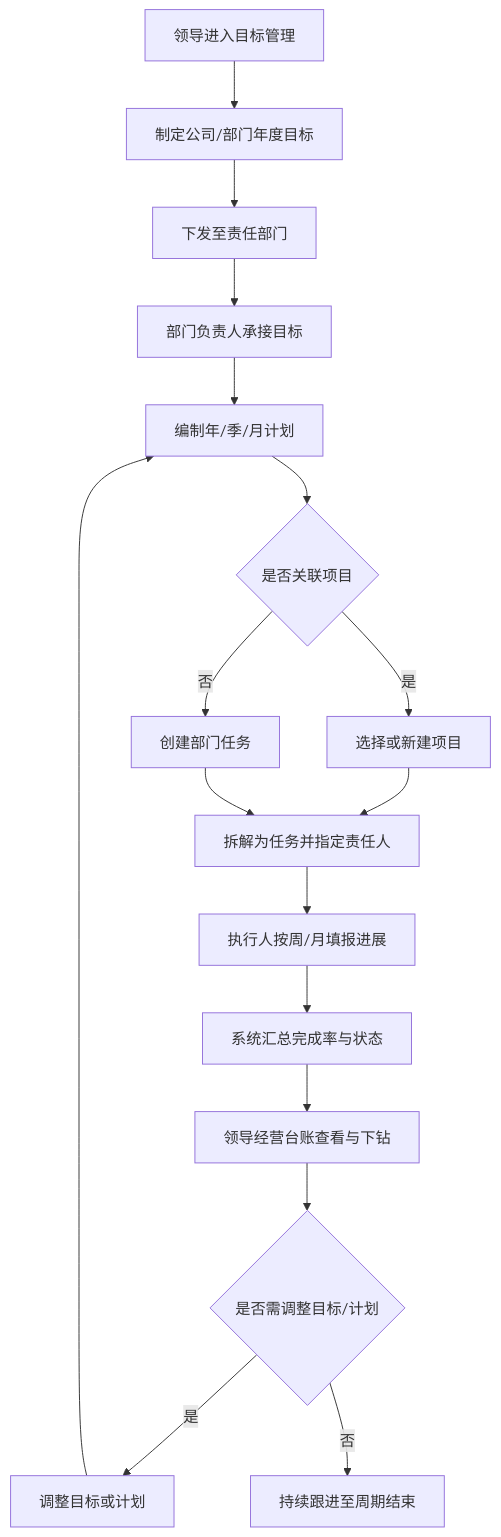
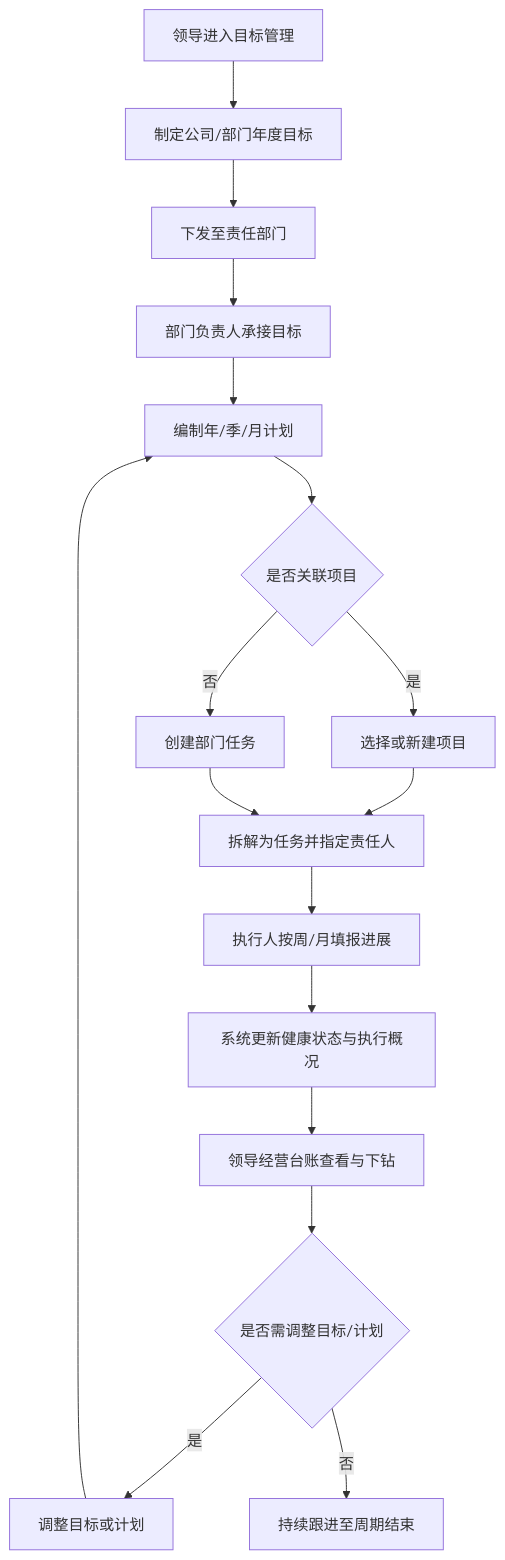
One commit to liaoliao66/BMS changed the first of 8 diagrams in docs/versions/v1.0.0/prd.md. Above: the diagram before and after it, drawn with Mermaid. The commit also changed other lines of this file and 16 other files, not shown here.

````diff
--- a/docs/versions/v1.0.0/prd.md
+++ b/docs/versions/v1.0.0/prd.md
@@ -128,19 +129,19 @@
 ```mermaid
 flowchart TD
   A[领导进入目标管理] --> B[制定公司/部门年度目标]
   B --> C[下发至责任部门]
   C --> D[部门负责人承接目标]
   D --> E[编制年/季/月计划]
   E --> F{是否关联项目}
   F -->|是| G[选择或新建项目]
   F -->|否| H[创建部门任务]
   G --> I[拆解为任务并指定责任人]
   H --> I
   I --> J[执行人按周/月填报进展]
-  J --> K[系统汇总完成率与状态]
+  J --> K[系统更新健康状态与执行概况]
   K --> L[领导经营台账查看与下钻]
   L --> M{是否需调整目标/计划}
   M -->|是| N[调整目标或计划]
   N --> E
   M -->|否| O[持续跟进至周期结束]
 ```
````
